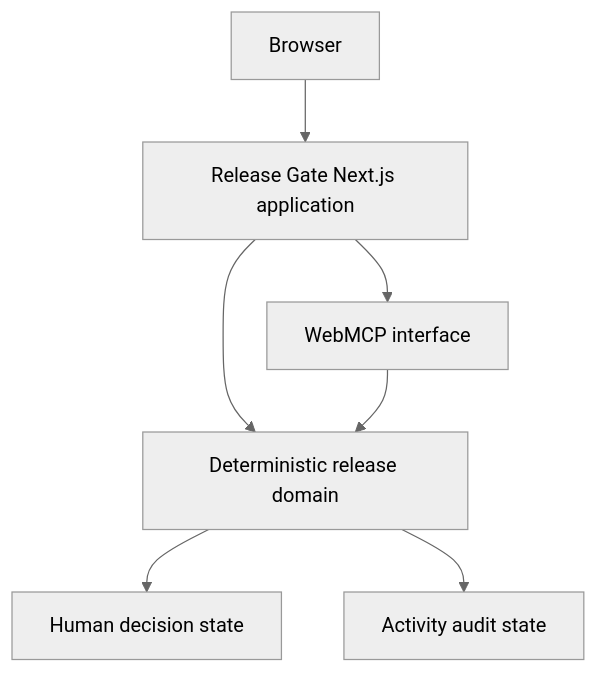
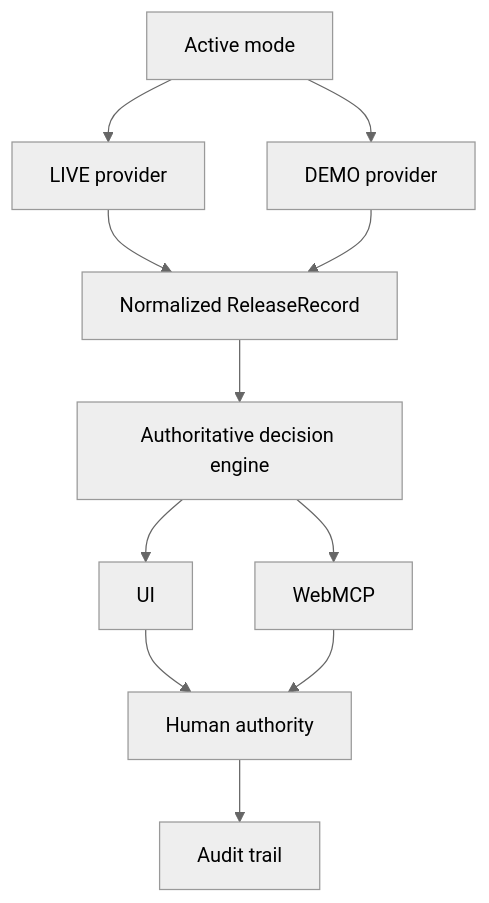
The diagram in README.md (JankoD84/release-gate), drawn with Mermaid (neutral theme) before and after one commit. The commit also changed other lines of this file and 23 other files, not shown here.

Commit message:
feat: add hybrid live/demo release governance mode

````diff
--- a/README.md
+++ b/README.md
@@ -98,9 +135,13 @@
 ```mermaid
 flowchart TD
-    Browser[Browser] --> App[Release Gate Next.js application]
-    App --> Domain[Deterministic release domain]
-    App --> WebMCP[WebMCP interface]
-    Domain --> Decisions[Human decision state]
-    Domain --> Activity[Activity audit state]
-    WebMCP --> Domain
+    Mode[Active mode] --> Live[LIVE provider]
+    Mode --> Demo[DEMO provider]
+    Live --> Record[Normalized ReleaseRecord]
+    Demo --> Record
+    Record --> Engine[Authoritative decision engine]
+    Engine --> UI[UI]
+    Engine --> WebMCP[WebMCP]
+    UI --> Human[Human authority]
+    WebMCP --> Human
+    Human --> Audit[Audit trail]
 ```
````
